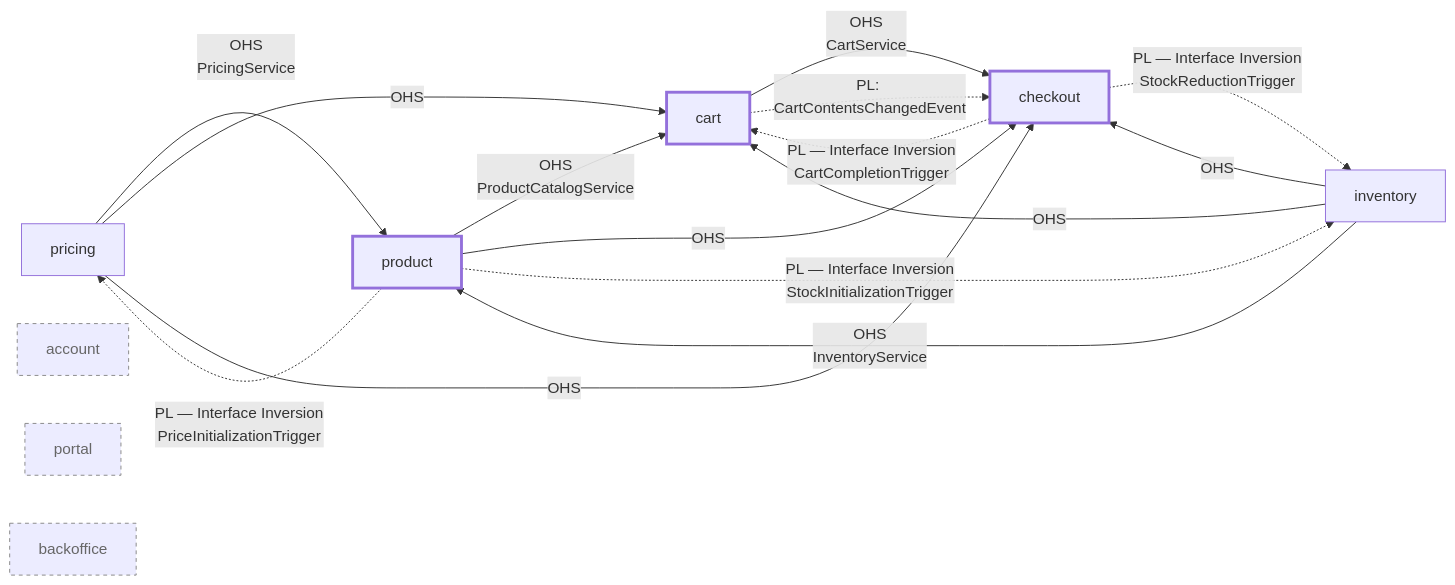
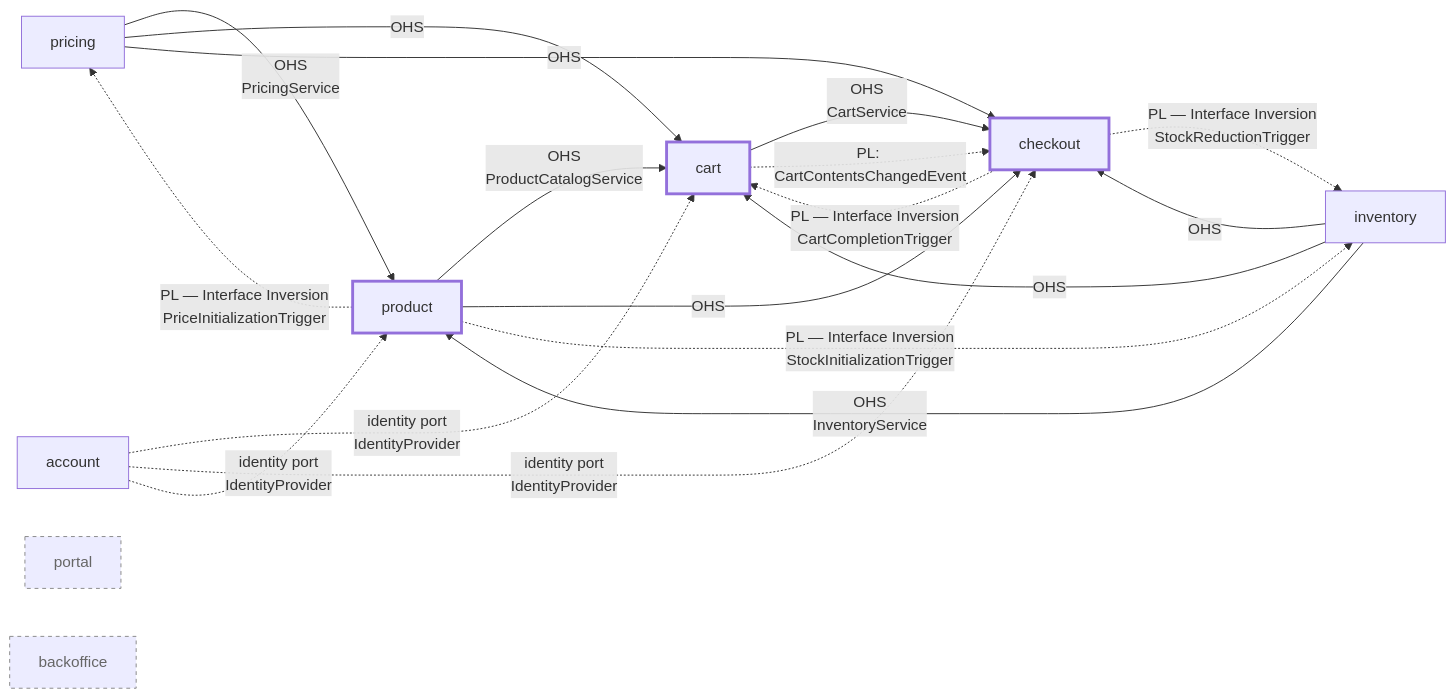
The diagram in docs/context-map.md (domain-centric-development/dca-ecommerce-sample-java), drawn with Mermaid before and after one commit. The commit also changed other lines of this file, not shown here.

````diff
--- a/docs/context-map.md
+++ b/docs/context-map.md
@@ -71,28 +80,30 @@
 ```mermaid
 graph LR
   pricing -->|OHS<br/>PricingService| product
   inventory -->|OHS<br/>InventoryService| product
   product -->|OHS<br/>ProductCatalogService| cart
   pricing -->|OHS| cart
   inventory -->|OHS| cart
   product -->|OHS| checkout
   pricing -->|OHS| checkout
   inventory -->|OHS| checkout
   cart -->|OHS<br/>CartService| checkout
   cart -.->|PL: CartContentsChangedEvent| checkout
+  account -.->|identity port<br/>IdentityProvider| cart
+  account -.->|identity port<br/>IdentityProvider| checkout
+  account -.->|identity port<br/>IdentityProvider| product
   checkout -.->|PL — Interface Inversion<br/>CartCompletionTrigger| cart
   checkout -.->|PL — Interface Inversion<br/>StockReductionTrigger| inventory
   product -.->|PL — Interface Inversion<br/>PriceInitializationTrigger| pricing
   product -.->|PL — Interface Inversion<br/>StockInitializationTrigger| inventory
 
   product:::core
   cart:::core
   checkout:::core
 
-  account:::sep
   portal:::sep
   backoffice:::sep
 
   classDef core stroke-width:3px;
   classDef sep stroke-dasharray: 4 4,stroke:#888,color:#666;
 ```
````
